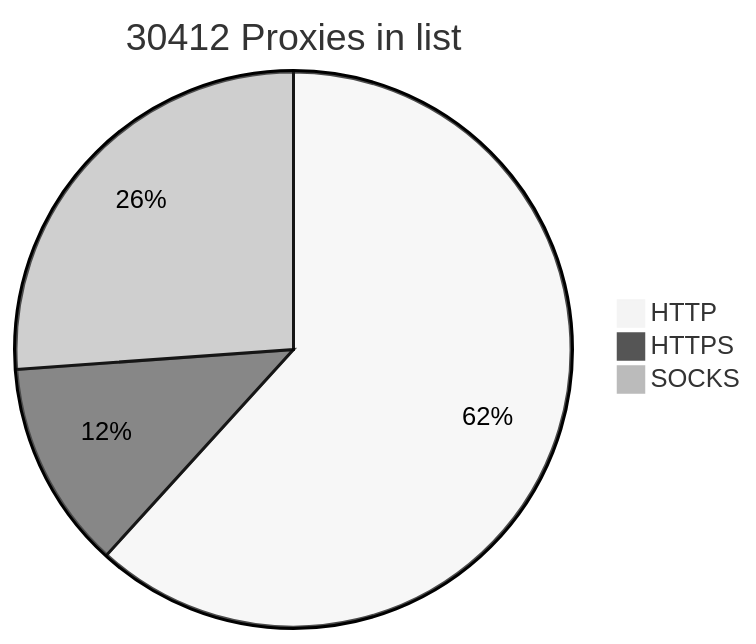
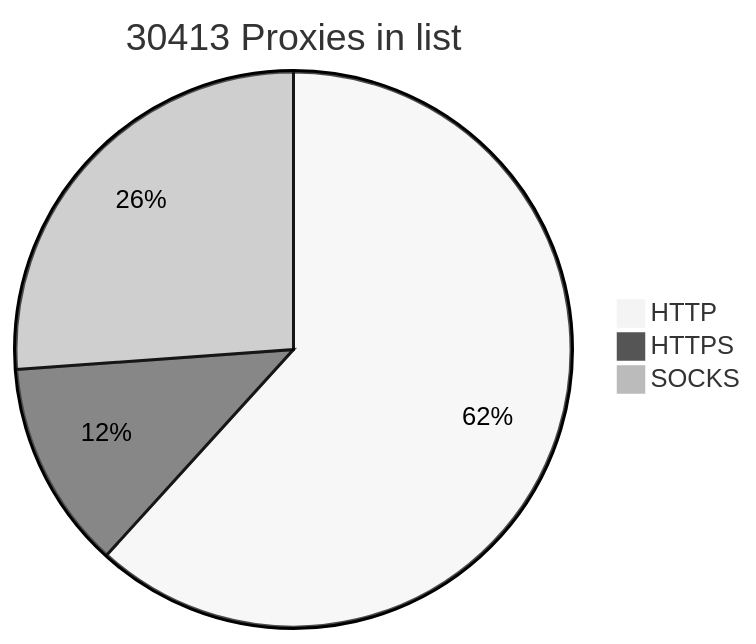
One commit to BlackSnowDot/proxylist-update-every-minute changed the diagram in README.md. Above: the diagram before and after it, drawn with Mermaid (neutral theme).

````diff
--- a/README.md
+++ b/README.md
@@ -2,6 +2,6 @@
 ```mermaid
-pie title 30412 Proxies in list
+pie title 30413 Proxies in list
     "HTTP" : 20625
     "HTTPS": 4047
-    "SOCKS" : 8733
+    "SOCKS" : 8734
 ```
````
